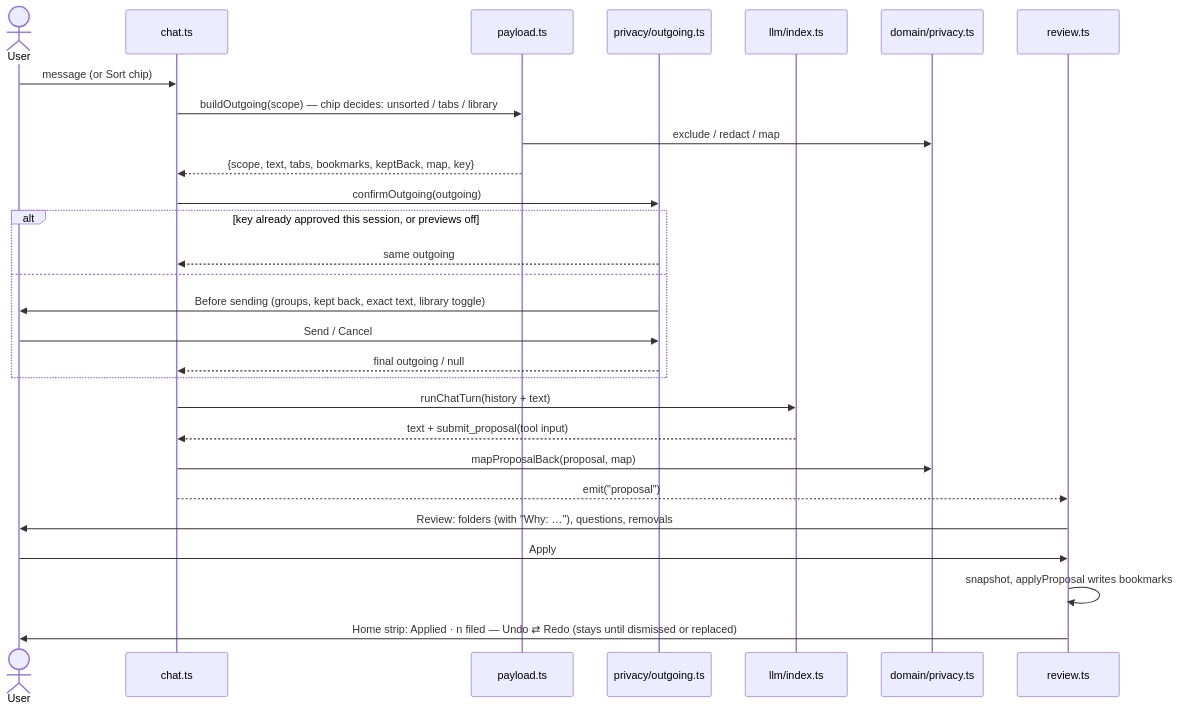
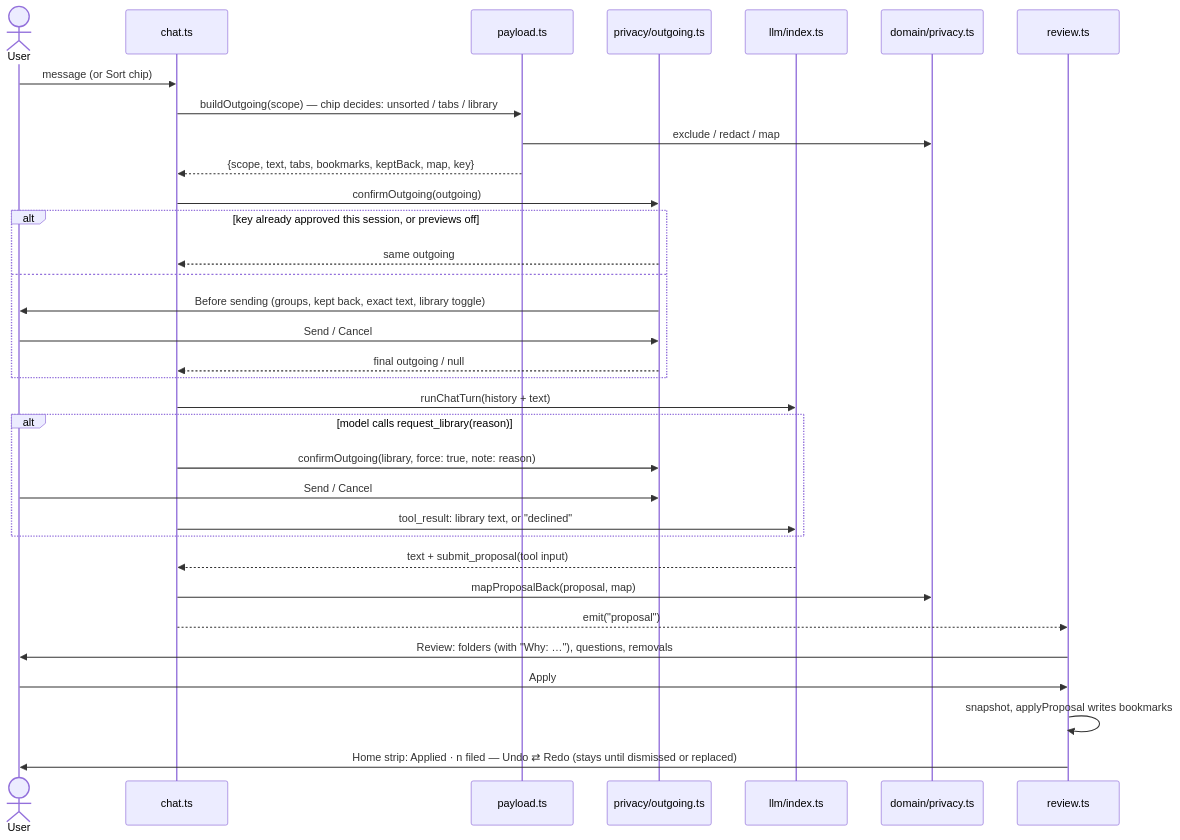
The third of 5 diagrams in docs/ARCHITECTURE.md (KucherenkoSerhiy/tab-librarian), drawn with Mermaid before and after one commit. The commit also changed other lines of this file and 15 other files, not shown here.

First line of the commit message:
The model can ask for the library; only the user can send it

````diff
--- a/docs/ARCHITECTURE.md
+++ b/docs/ARCHITECTURE.md
@@ -104,31 +106,36 @@
 ```mermaid
 sequenceDiagram
   actor U as User
   participant C as chat.ts
   participant P as payload.ts
   participant O as privacy/outgoing.ts
   participant L as llm/index.ts
   participant D as domain/privacy.ts
   participant R as review.ts
 
   U->>C: message (or Sort chip)
   C->>P: buildOutgoing(scope) — chip decides: unsorted / tabs / library
   P->>D: exclude / redact / map
   P-->>C: {scope, text, tabs, bookmarks, keptBack, map, key}
   C->>O: confirmOutgoing(outgoing)
   alt key already approved this session, or previews off
     O-->>C: same outgoing
   else
     O->>U: Before sending (groups, kept back, exact text, library toggle)
     U->>O: Send / Cancel
     O-->>C: final outgoing / null
   end
   C->>L: runChatTurn(history + text)
+  alt model calls request_library(reason)
+    C->>O: confirmOutgoing(library, force: true, note: reason)
+    U->>O: Send / Cancel
+    C->>L: tool_result: library text, or "declined"
+  end
   L-->>C: text + submit_proposal(tool input)
   C->>D: mapProposalBack(proposal, map)
   C-->>R: emit("proposal")
   R->>U: Review: folders (with "Why: …"), questions, removals
   U->>R: Apply
   R->>R: snapshot, applyProposal writes bookmarks
   R->>U: Home strip: Applied · n filed — Undo ⇄ Redo (stays until dismissed or replaced)
 ```
````
